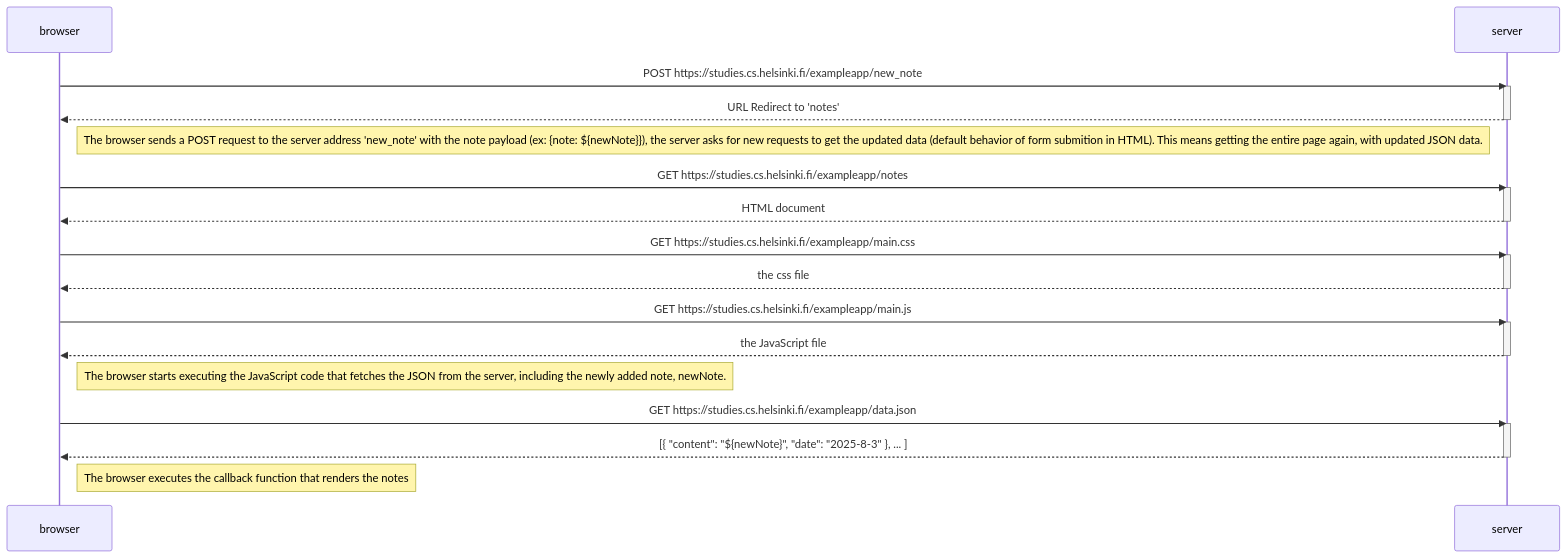
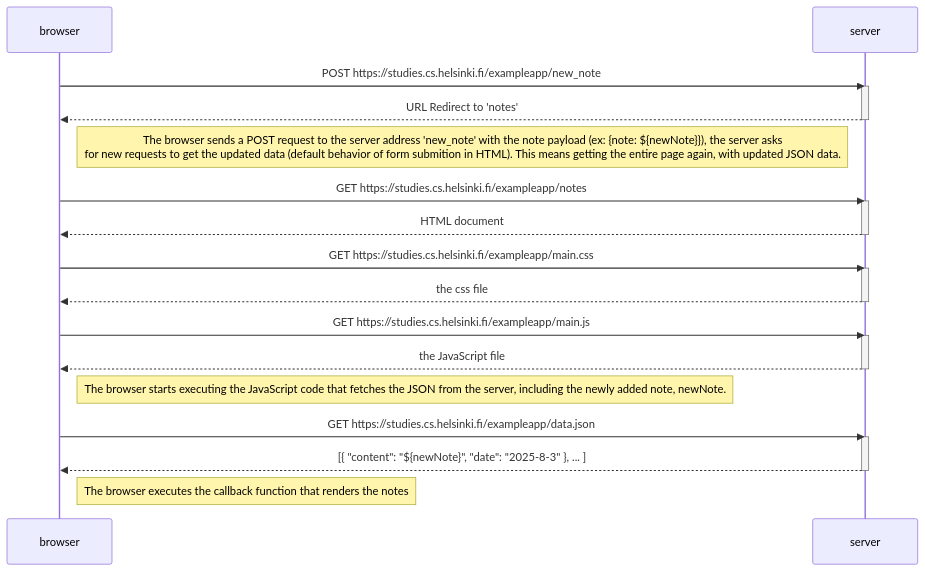
Before and after one commit to AlinIoanDanila/fullstack-open: the diagram in part-0/diagram 0.4.md, drawn with Mermaid.

Commit message:
Exercise 0.4: Fix diagram UI

````diff
--- a/part-0/diagram 0.4.md
+++ b/part-0/diagram 0.4.md
@@ -5,38 +5,38 @@
 ```mermaid
 sequenceDiagram
     participant browser
     participant server
 
     browser->>server: POST https://studies.cs.helsinki.fi/exampleapp/new_note
     activate server
     server-->>browser: URL Redirect to 'notes'
     deactivate server
 
-    Note right of browser: The browser sends a POST request to the server address 'new_note' with the note payload (ex: {note: ${newNote}}), the server asks for new requests to get the updated data (default behavior of form submition in HTML). This means getting the entire page again, with updated JSON data.
+    Note right of browser: The browser sends a POST request to the server address 'new_note' with the note payload (ex: {note: ${newNote}}), the server asks <br/> for new requests to get the updated data (default behavior of form submition in HTML). This means getting the entire page again, with updated JSON data.
 
     %% Please note the next part is copied from the initial diagram.
 
     browser->>server: GET https://studies.cs.helsinki.fi/exampleapp/notes
     activate server
     server-->>browser: HTML document
     deactivate server
 
     browser->>server: GET https://studies.cs.helsinki.fi/exampleapp/main.css
     activate server
     server-->>browser: the css file
     deactivate server
 
     browser->>server: GET https://studies.cs.helsinki.fi/exampleapp/main.js
     activate server
     server-->>browser: the JavaScript file
     deactivate server
 
     Note right of browser: The browser starts executing the JavaScript code that fetches the JSON from the server, including the newly added note, newNote.
 
     browser->>server: GET https://studies.cs.helsinki.fi/exampleapp/data.json
     activate server
     server-->>browser: [{ "content": "${newNote}", "date": "2025-8-3" }, ... ]
     deactivate server
 
     Note right of browser: The browser executes the callback function that renders the notes
 ```
````
